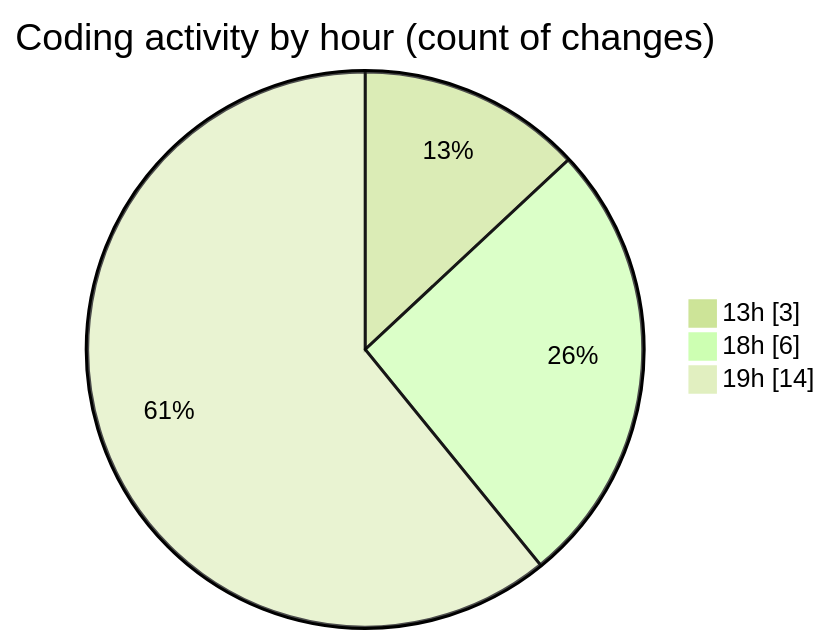
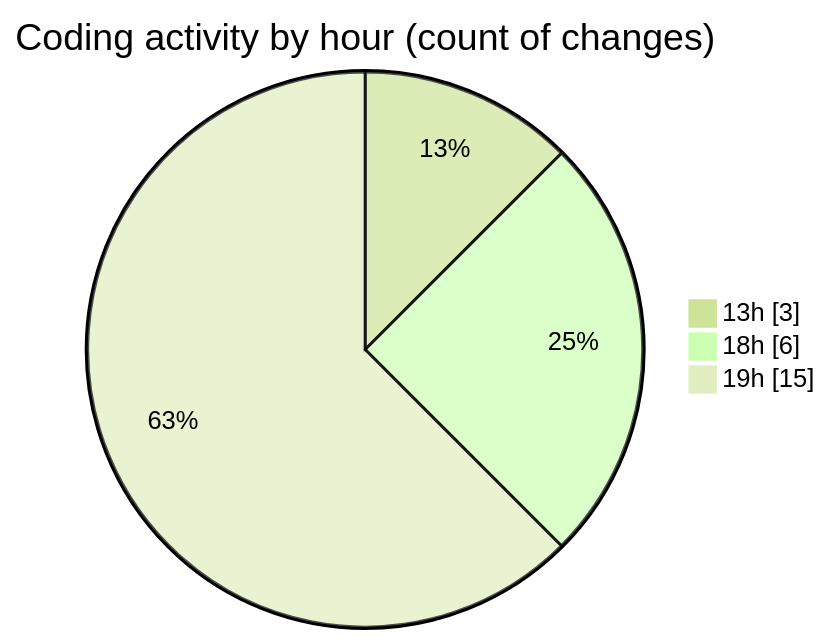
One commit to jrari/code-tracking changed the second of 2 diagrams in 2025-07-16/telebot/README.md. Above: the diagram before and after it, drawn with Mermaid (forest theme). The commit also changed other lines of this file and 1 other file, not shown here.

````diff
--- a/2025-07-16/telebot/README.md
+++ b/2025-07-16/telebot/README.md
@@ -37,7 +37,7 @@
 ```mermaid
 pie showData
 title Coding activity by hour (count of changes)
 "13h" : 3
 "18h" : 6
-"19h" : 14
+"19h" : 15
 ```
````
